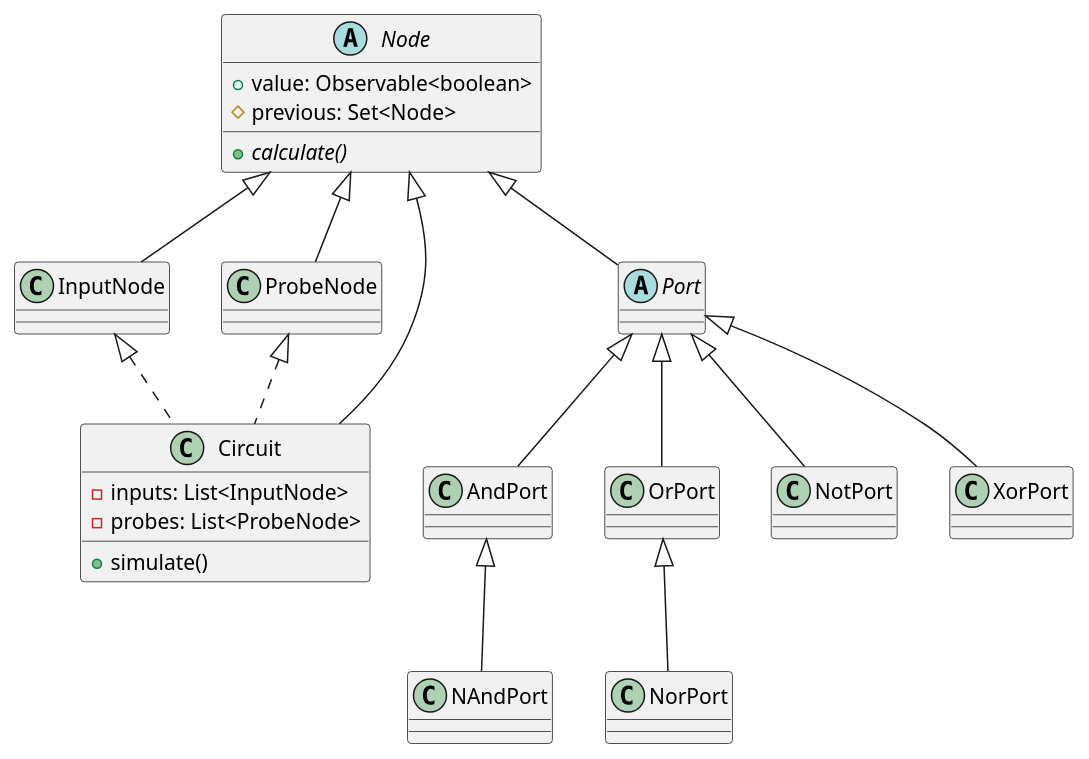
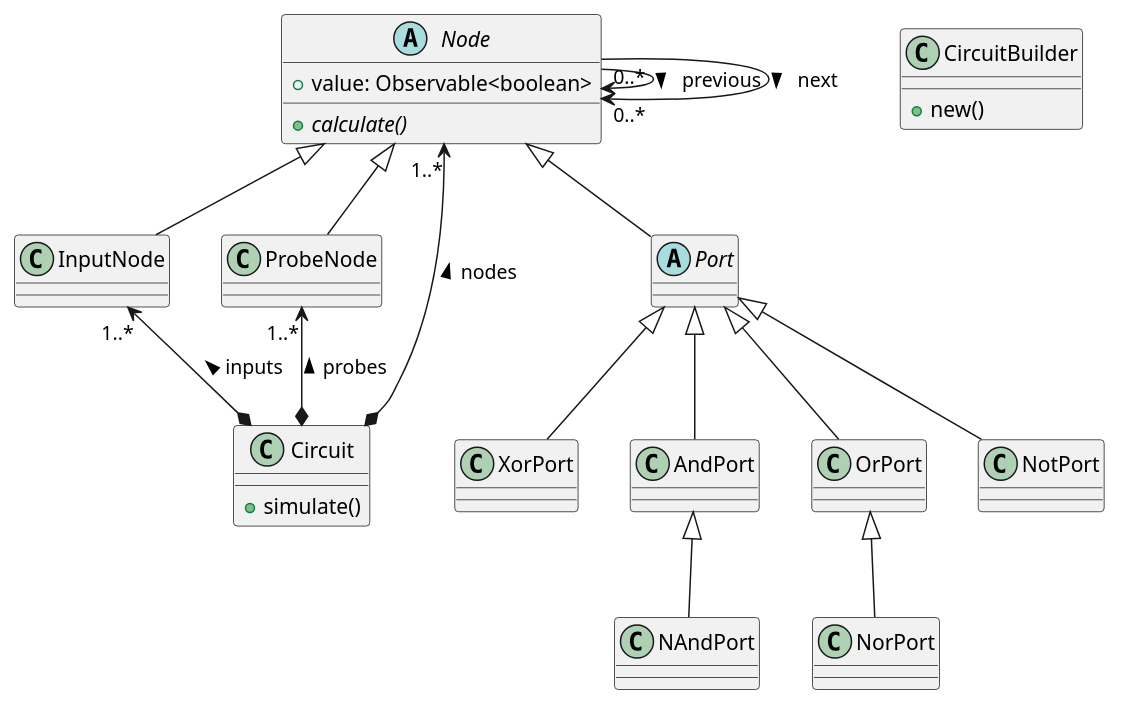
One commit to stevenliebregt/avans-dp1-sirkwie changed the diagram in docs/diagrams/dkd.puml. Above: the diagram before and after it, drawn with PlantUML.

Commit message:
changed dkd

```diff
--- a/docs/diagrams/dkd.puml
+++ b/docs/diagrams/dkd.puml
@@ -1,57 +1,60 @@
 @startuml
+
 ' Nodes
 abstract class Node {
     +value: Observable<boolean>
-    #previous: Set<Node>
-
     +{abstract} calculate()
 }
+Node --> "0..*" Node : previous >
+Node --> "0..*" Node : next >
 
 class InputNode {
 }
 Node <|-- InputNode
 
 class ProbeNode {
 }
 Node <|-- ProbeNode
 
 ' Ports
 abstract class Port {
 }
 Node <|-- Port
 
 class AndPort {
 }
 Port <|-- AndPort
 
 class NAndPort {
 }
 AndPort <|-- NAndPort
 
 class OrPort {
 }
 Port <|-- OrPort
 
 class NorPort {
 }
 OrPort <|-- NorPort
 
 class NotPort {
 }
 Port <|-- NotPort
 
 class XorPort {
 }
 Port <|-- XorPort
 
 ' Circuit
 class Circuit {
-    -inputs: List<InputNode>
-    -probes: List<ProbeNode>
-
     +simulate()
 }
-InputNode <|.. Circuit
-ProbeNode <|.. Circuit
-Node <|-- Circuit
+InputNode "1..*" <--* Circuit : inputs <
+ProbeNode "1..*" <--* Circuit : probes <
+Node "1..*" <--* Circuit : nodes <
+
+' CircuitBuilder
+class CircuitBuilder {
+    +new()
+}
 @enduml
```
